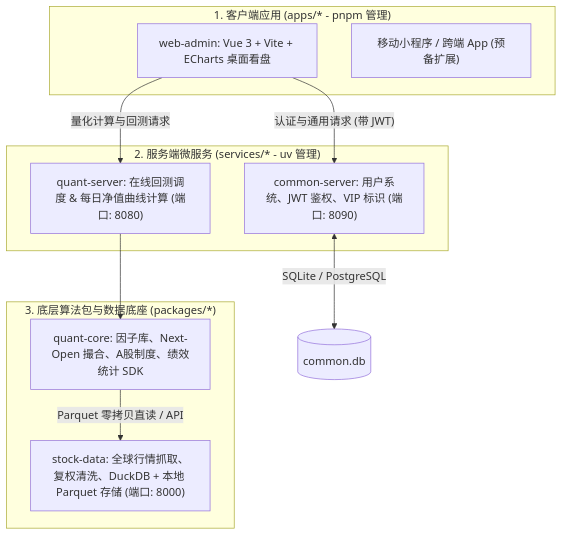
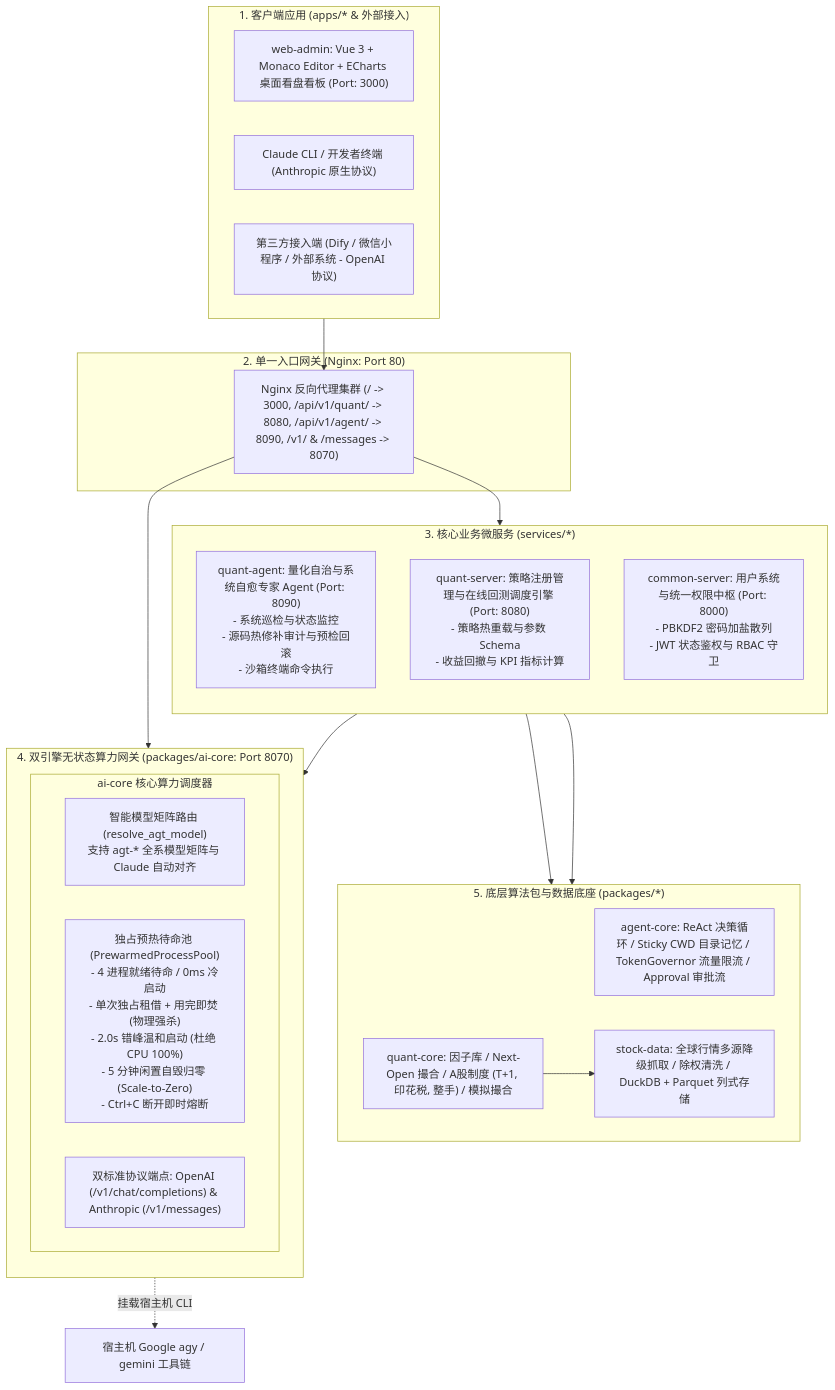
The diagram in README.md (TMBeliever/stock-data-service), drawn with Mermaid before and after one commit. The commit also changed other lines of this file and 1 other file, not shown here.

Commit message:
docs: update system architecture specification and readme with stateless prewarmed ai-core and agent topology

````diff
--- a/README.md
+++ b/README.md
@@ -10,23 +10,46 @@
 ```mermaid
-flowchart TD
-    subgraph Clients["1. 客户端应用 (apps/* - pnpm 管理)"]
-        Client_Web["web-admin: Vue 3 + Vite + ECharts 桌面看盘"]
-        Client_Mobile["移动小程序 / 跨端 App (预备扩展)"]
+flowchart TB
+    subgraph Clients["1. 客户端应用 (apps/* & 外部接入)"]
+        direction LR
+        Client_Web["web-admin: Vue 3 + Monaco Editor + ECharts 桌面看盘看板 (Port: 3000)"]
+        Client_CLI["Claude CLI / 开发者终端 (Anthropic 原生协议)"]
+        Client_3rd["第三方接入端 (Dify / 微信小程序 / 外部系统 - OpenAI 协议)"]
     end
 
-    subgraph MicroServices["2. 服务端微服务 (services/* - uv 管理)"]
-        CS_Service["common-server: 用户系统、JWT 鉴权、VIP 标识 (端口: 8090)"]
-        QS_Service["quant-server: 在线回测调度 & 每日净值曲线计算 (端口: 8080)"]
+    subgraph NginxGateway["2. 单一入口网关 (Nginx: Port 80)"]
+        Proxy["Nginx 反向代理集群 (/ -> 3000, /api/v1/quant/ -> 8080, /api/v1/agent/ -> 8090, /v1/ & /messages -> 8070)"]
     end
 
-    subgraph CorePackages["3. 底层算法包与数据底座 (packages/*)"]
-        QC_Core["quant-core: 因子库、Next-Open 撮合、A股制度、绩效统计 SDK"]
-        SD_Platform["stock-data: 全球行情抓取、复权清洗、DuckDB + 本地 Parquet 存储 (端口: 8000)"]
+    subgraph MicroServices["3. 核心业务微服务 (services/*)"]
+        direction TB
+        S_Agent["quant-agent: 量化自治与系统自愈专家 Agent (Port: 8090)<br/>- 系统巡检与状态监控<br/>- 源码热修补审计与预检回滚<br/>- 沙箱终端命令执行"]
+        S_Quant["quant-server: 策略注册管理与在线回测调度引擎 (Port: 8080)<br/>- 策略热重载与参数 Schema<br/>- 收益回撤与 KPI 指标计算"]
+        S_Common["common-server: 用户系统与统一权限中枢 (Port: 8000)<br/>- PBKDF2 密码加盐散列<br/>- JWT 状态鉴权与 RBAC 守卫"]
     end
 
-    Client_Web -->|"认证与通用请求 (带 JWT)"| CS_Service
-    Client_Web -->|"量化计算与回测请求"| QS_Service
-    CS_Service <-->|"SQLite / PostgreSQL"| CS_DB[(common.db)]
-    QS_Service --> QC_Core
-    QC_Core -->|"Parquet 零拷贝直读 / API"| SD_Platform
+    subgraph ComputeGateway["4. 双引擎无状态算力网关 (packages/ai-core: Port 8070)"]
+        direction TB
+        subgraph AICoreInside["ai-core 核心算力调度器"]
+            AI_Router["智能模型矩阵路由 (resolve_agt_model)<br/>支持 agt-* 全系模型矩阵与 Claude 自动对齐"]
+            AI_Pool["独占预热待命池 (PrewarmedProcessPool)<br/>- 4 进程就绪待命 / 0ms 冷启动<br/>- 单次独占租借 + 用完即焚 (物理强杀)<br/>- 2.0s 错峰温和启动 (杜绝 CPU 100%)<br/>- 5 分钟闲置自毁归零 (Scale-to-Zero)<br/>- Ctrl+C 断开即时熔断"]
+            AI_Protocols["双标准协议端点: OpenAI (/v1/chat/completions) & Anthropic (/v1/messages)"]
+        end
+    end
+
+    subgraph CorePackages["5. 底层算法包与数据底座 (packages/*)"]
+        direction LR
+        SDK_Agent["agent-core: ReAct 决策循环 / Sticky CWD 目录记忆 / TokenGovernor 流量限流 / Approval 审批流"]
+        SDK_Quant["quant-core: 因子库 / Next-Open 撮合 / A股制度 (T+1, 印花税, 整手) / 模拟撮合"]
+        SDK_Data["stock-data: 全球行情多源降级抓取 / 除权清洗 / DuckDB + Parquet 列式存储"]
+    end
+
+    Clients --> Proxy
+    Proxy --> MicroServices
+    Proxy --> ComputeGateway
+
+    S_Agent --> SDK_Agent
+    S_Agent --> ComputeGateway
+    S_Quant --> SDK_Quant
+    SDK_Quant --> SDK_Data
+    ComputeGateway -. "挂载宿主机 CLI" .-> HostEnv["宿主机 Google agy / gemini 工具链"]
 ```
````
